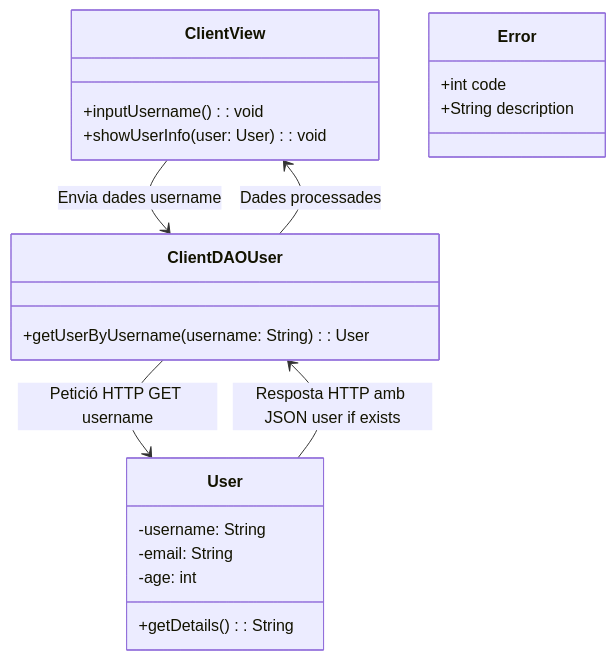
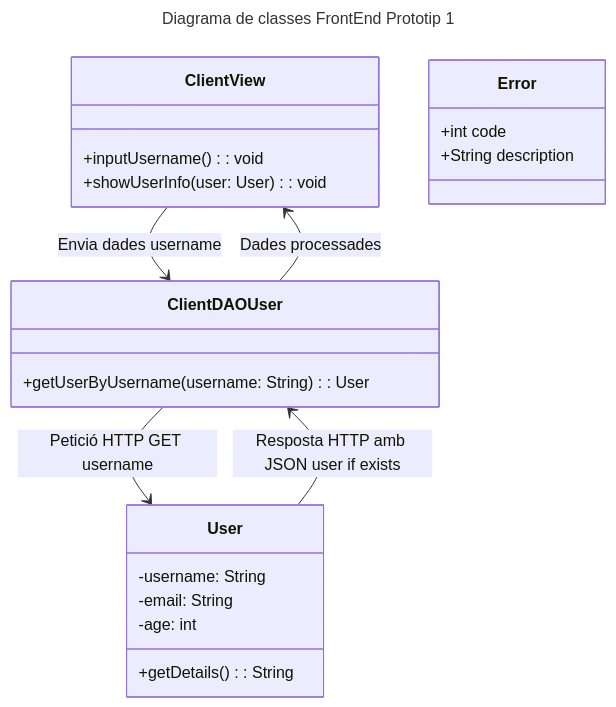
The diagram in charts/diagrama_de_classes_client.mermaid (anpatricia-18/tapatApp), drawn with Mermaid before and after one commit.

Commit message:
diagrama de classes frontend prototip1

```diff
--- a/charts/diagrama_de_classes_client.mermaid
+++ b/charts/diagrama_de_classes_client.mermaid
@@ -1,28 +1,31 @@
+---
+title: Diagrama de classes FrontEnd Prototip 1
+---
 classDiagram
 
 class ClientView {
     +inputUsername(): void
     +showUserInfo(user: User): void
 }
 
 class ClientDAOUser {
     +getUserByUsername(username: String): User
 }
 
 class User {
     -username: String
     -email: String
     -age: int
     +getDetails(): String
 }
 
 class Error {
     +int code 
     +String description
 
 }
 
 ClientView --> ClientDAOUser : Envia dades username
 ClientDAOUser --> User : Petició HTTP GET username
 User --> ClientDAOUser : Resposta HTTP amb JSON user if exists
 ClientDAOUser --> ClientView : Dades processades
```
